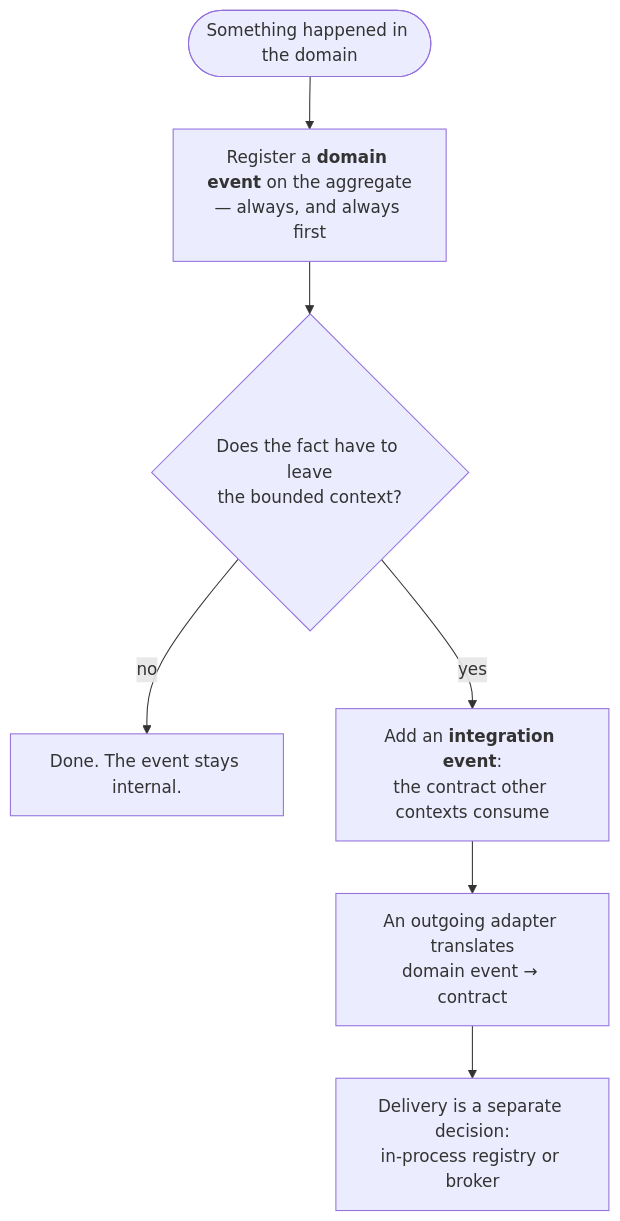
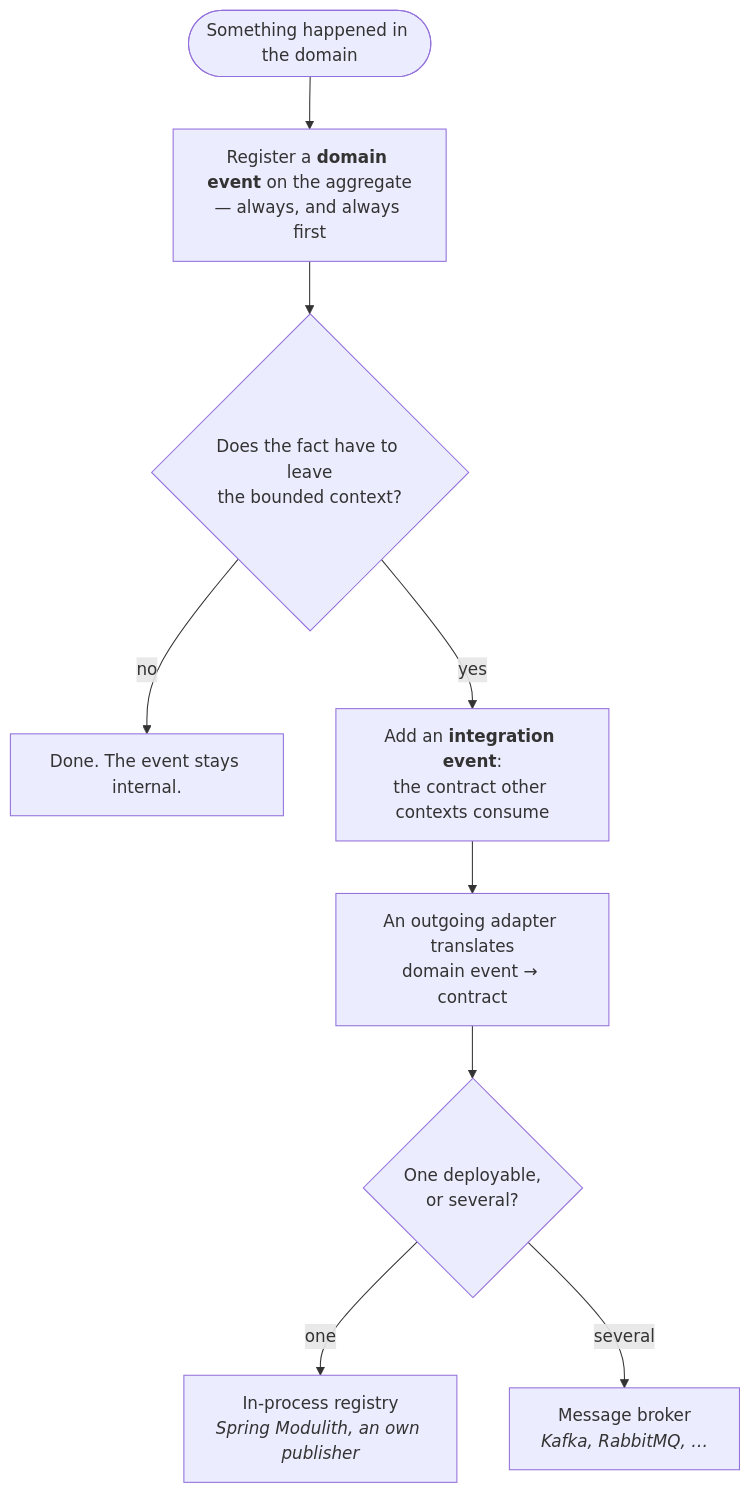
One commit to domain-centric-development/dca-guide changed the first of 2 diagrams in architecture/rules.md. Above: the diagram before and after it, drawn with Mermaid. The commit also changed other lines of this file, not shown here.

First line of the commit message:
docs(rules): name both delivery cases, not one

````diff
--- a/architecture/rules.md
+++ b/architecture/rules.md
@@ -93,9 +93,11 @@
 ```mermaid
 flowchart TD
     START(["Something happened in the domain"]) --> DE["Register a <b>domain event</b> on the aggregate<br>— always, and always first"]
     DE --> Q{"Does the fact have to leave<br>the bounded context?"}
     Q -- no --> DONE["Done. The event stays internal."]
     Q -- yes --> IE["Add an <b>integration event</b>:<br>the contract other contexts consume"]
     IE --> TR["An outgoing adapter translates<br>domain event → contract"]
-    TR --> DELIVER["Delivery is a separate decision:<br>in-process registry or broker"]
+    TR --> DELIVER{"One deployable,<br>or several?"}
+    DELIVER -- one --> INPROC["In-process registry<br><i>Spring Modulith, an own publisher</i>"]
+    DELIVER -- several --> BROKER["Message broker<br><i>Kafka, RabbitMQ, …</i>"]
 ```
````
